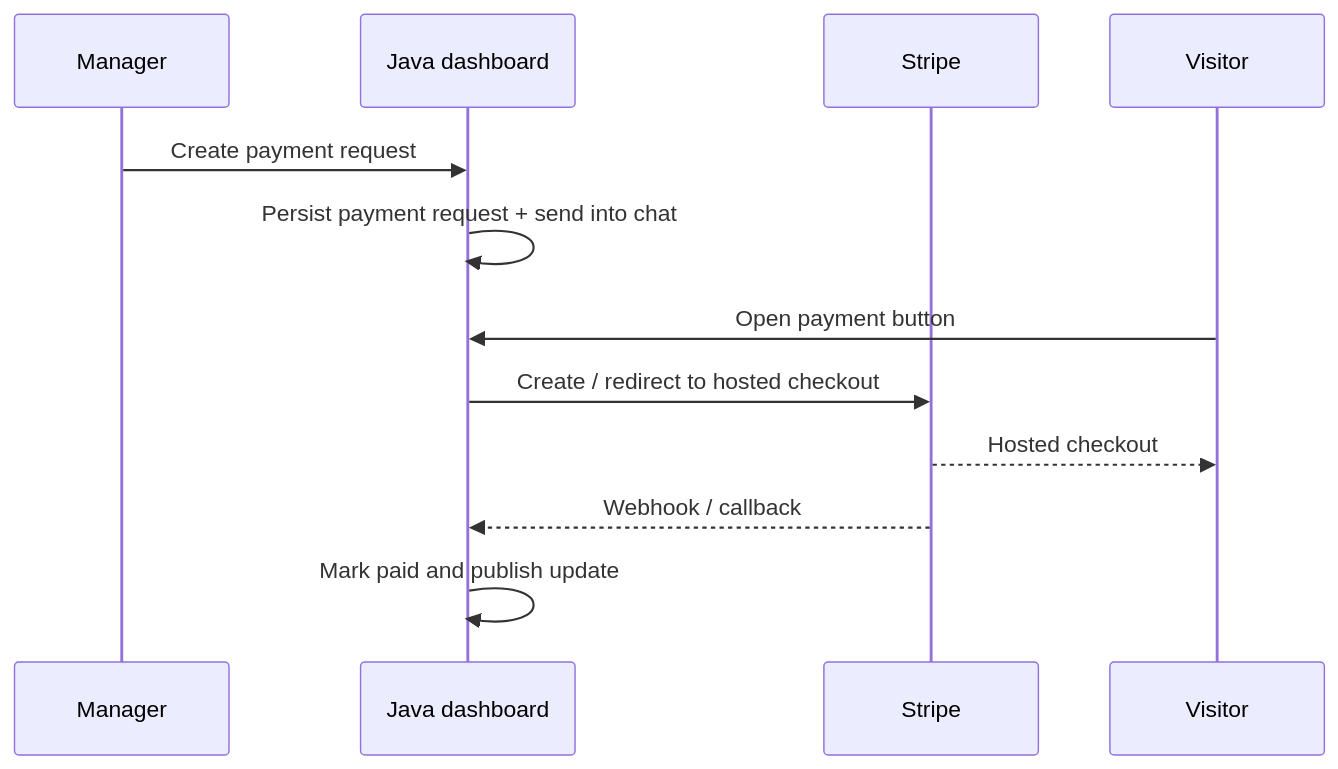
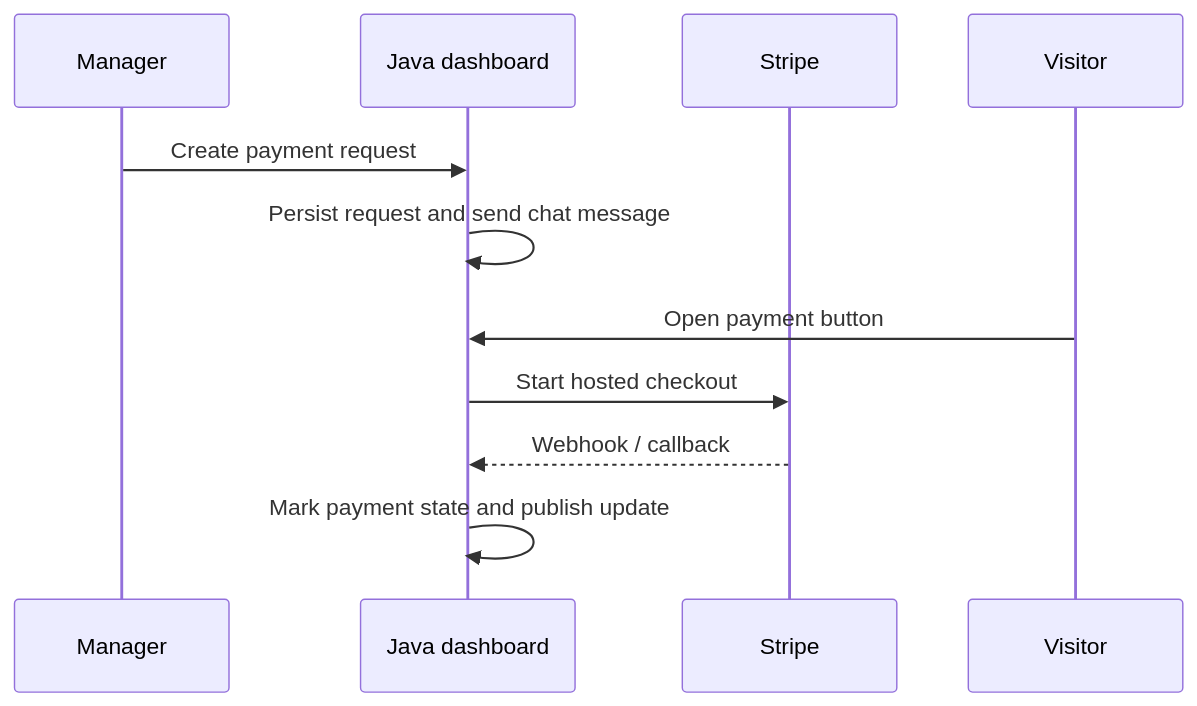
Before and after one commit to Codere11/ACE-RealEstate-Showcase: the fourth of 4 diagrams in ARCHITECTURE.md, drawn with Mermaid. The commit also changed other lines of this file and 227 other files, not shown here.

````diff
--- a/ARCHITECTURE.md
+++ b/ARCHITECTURE.md
@@ -103,15 +85,14 @@
 ```mermaid
 sequenceDiagram
     participant M as Manager
     participant J as Java dashboard
     participant S as Stripe
     participant V as Visitor
 
     M->>J: Create payment request
-    J->>J: Persist payment request + send into chat
+    J->>J: Persist request and send chat message
     V->>J: Open payment button
-    J->>S: Create / redirect to hosted checkout
-    S-->>V: Hosted checkout
+    J->>S: Start hosted checkout
     S-->>J: Webhook / callback
-    J->>J: Mark paid and publish update
+    J->>J: Mark payment state and publish update
 ```
````
